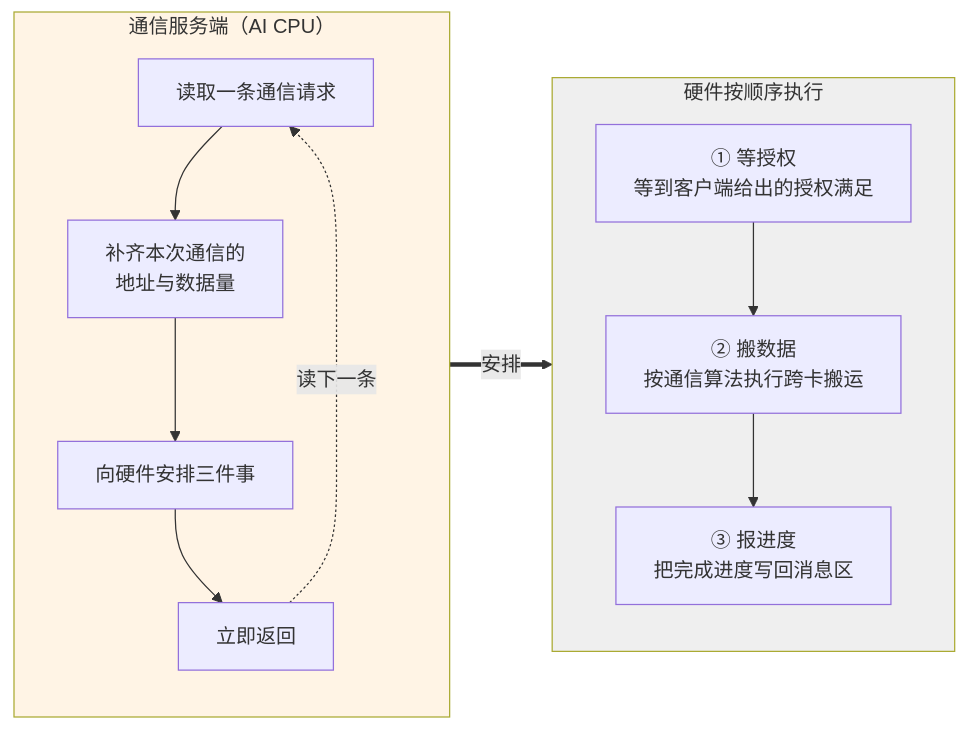
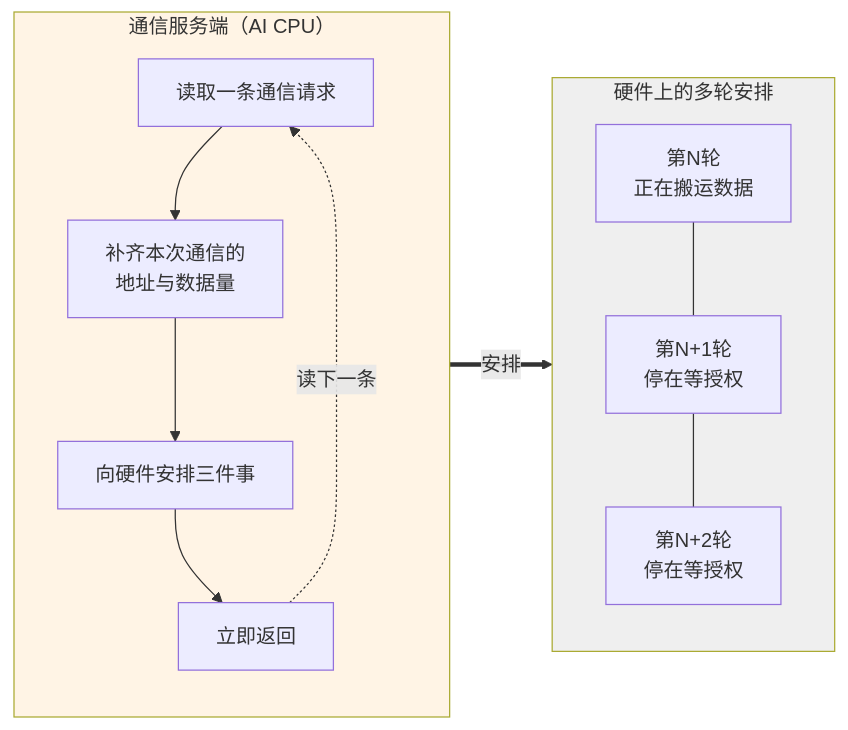
Before and after one commit to Atlas-Ascend-Fork/asc-comm: the fourth of 4 diagrams in docs/zh/编程模型/MC2编程模型/通信模型.md, drawn with Mermaid. The commit also changed other lines of this file and 1 other file, not shown here.

````diff
--- a/docs/zh/编程模型/MC2编程模型/通信模型.md
+++ b/docs/zh/编程模型/MC2编程模型/通信模型.md
@@ -347,25 +366,25 @@
 ```mermaid
 flowchart LR
     subgraph SERVER["通信服务端（AI CPU）"]
         direction TB
         S1["读取一条通信请求"]
         S2["补齐本次通信的<br/>地址与数据量"]
         S3["向硬件安排三件事"]
         S4["立即返回"]
         S1 --> S2 --> S3 --> S4
         S4 -.->|"读下一条"| S1
     end
 
-    subgraph HWQ["硬件按顺序执行"]
+    subgraph HWQ["硬件上的多轮安排"]
         direction TB
-        H1["① 等授权<br/>等到客户端给出的授权满足"]
-        H2["② 搬数据<br/>按通信算法执行跨卡搬运"]
-        H3["③ 报进度<br/>把完成进度写回消息区"]
-        H1 --> H2 --> H3
+        R1["第N轮<br/>正在搬运数据"]
+        R2["第N+1轮<br/>停在等授权"]
+        R3["第N+2轮<br/>停在等授权"]
+        R1 --- R2 --- R3
     end
 
     S3 ==>|"安排"| HWQ
 
     style SERVER fill:#fff4e5
     style HWQ fill:#efefef
 ```
````
